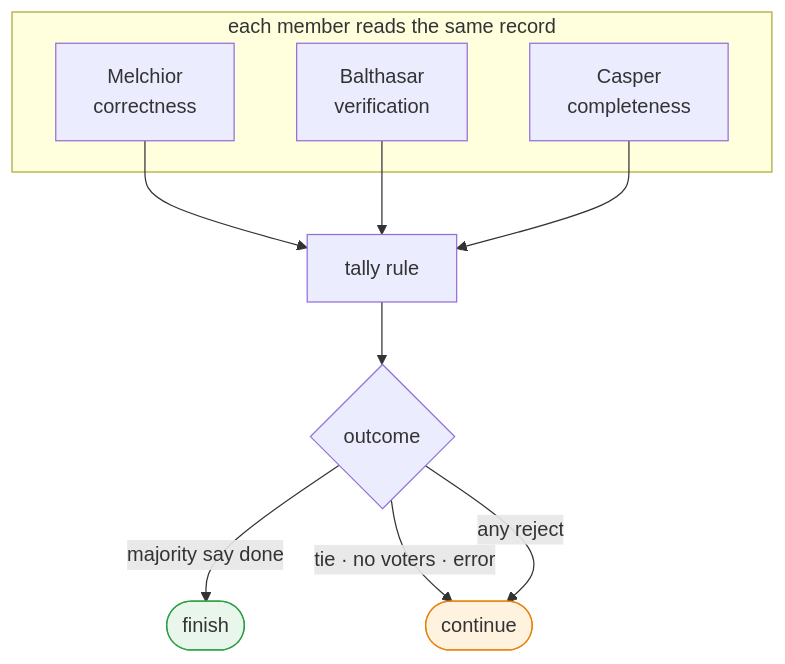
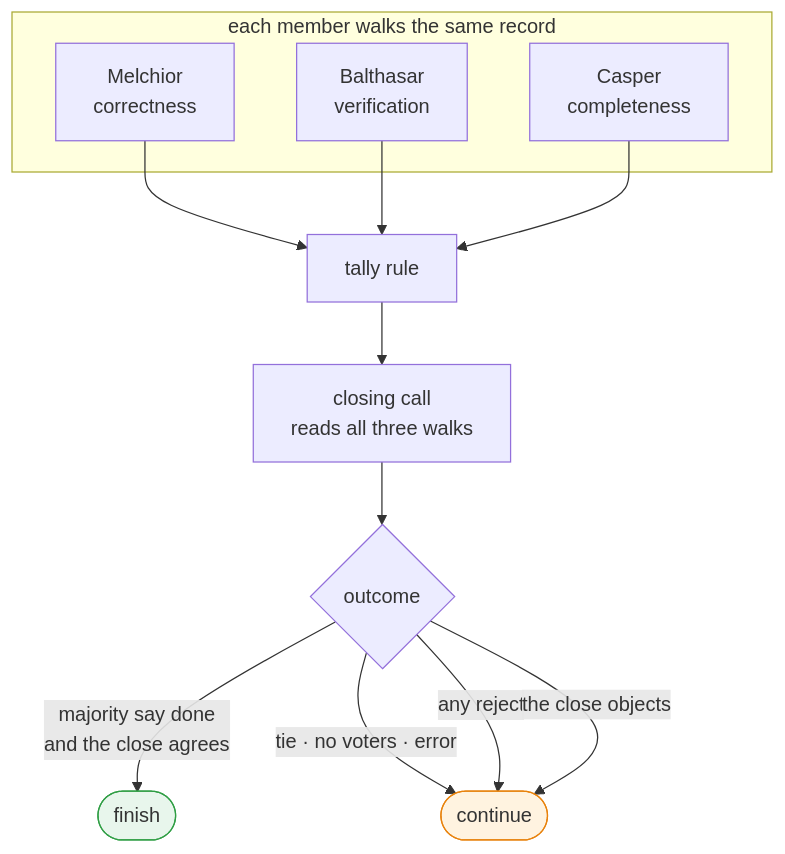
Before and after one commit to sayaya1090/magi: the second of 5 diagrams in README.md, drawn with Mermaid. The commit also changed other lines of this file and 11 other files, not shown here.

First line of the commit message:
docs: the route, the walk, and the closing call

````diff
--- a/README.md
+++ b/README.md
@@ -115,18 +128,20 @@
 ```mermaid
 flowchart TD
-    subgraph read [each member reads the same record]
+    subgraph read [each member walks the same record]
         M[Melchior<br/>correctness]
         B[Balthasar<br/>verification]
         K[Casper<br/>completeness]
     end
     M --> TA[tally rule]
     B --> TA
     K --> TA
-    TA --> Q{outcome}
-    Q -->|majority say done| DONE([finish])
+    TA --> CL[closing call<br/>reads all three walks]
+    CL --> Q{outcome}
+    Q -->|majority say done<br/>and the close agrees| DONE([finish])
     Q -->|tie · no voters · error| CONT([continue])
     Q -->|any reject| CONT
+    Q -->|the close objects| CONT
 
     style DONE fill:#e8f6ec,stroke:#2f9e44
     style CONT fill:#fff3e0,stroke:#e8820c
 ```
````
